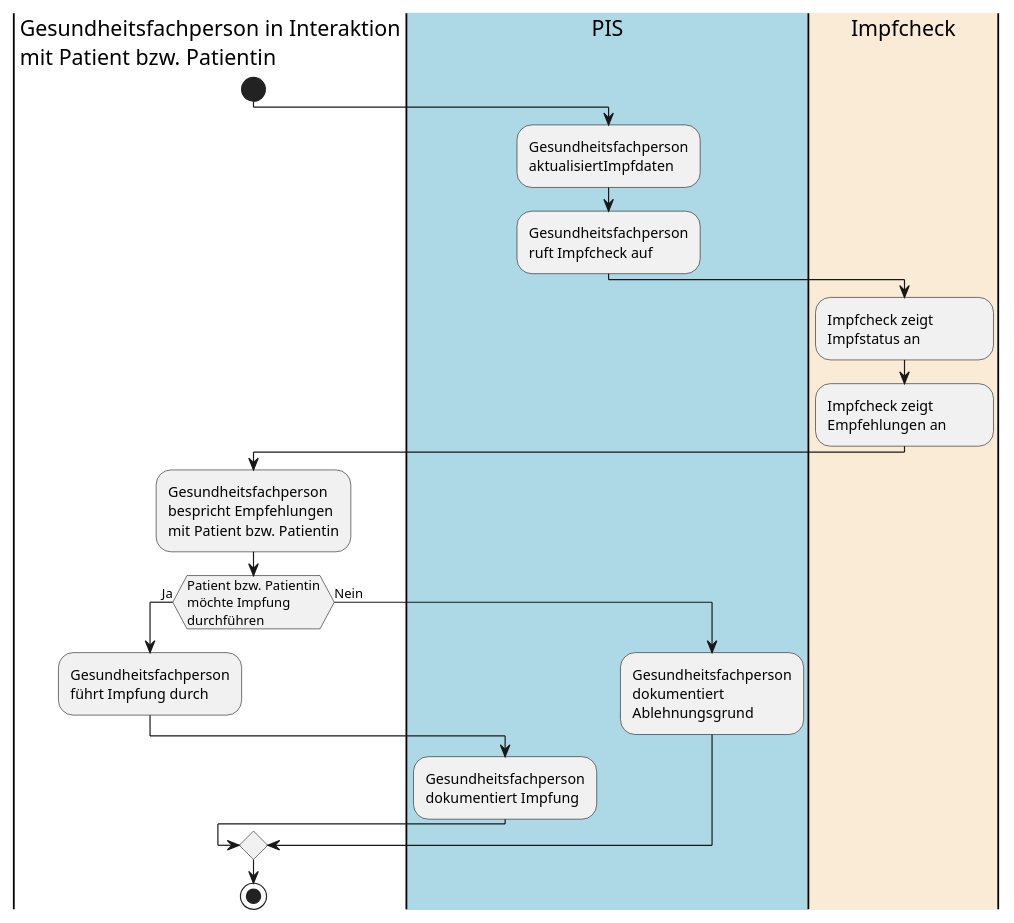
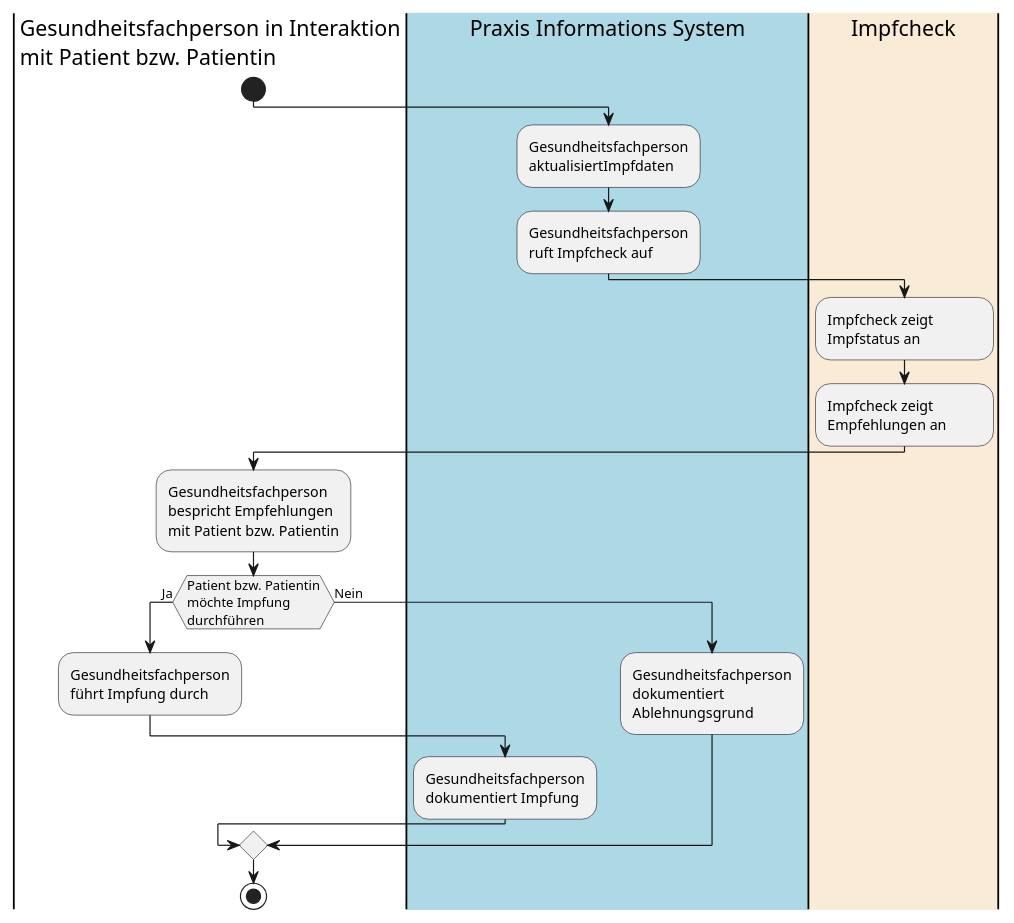
One commit to hl7ch/ch-vacd changed the diagram in input/images-source/use-case-14-impfcheck-arzt-de.plantuml. Above: the diagram before and after it, drawn with PlantUML. The commit also changed 4 other files, not shown here.

```diff
--- a/input/images-source/use-case-14-impfcheck-arzt-de.plantuml
+++ b/input/images-source/use-case-14-impfcheck-arzt-de.plantuml
@@ -1,33 +1,33 @@
 @startuml
 scale max 800 width
 <style>
 element {MinimumWidth 150}
 </style>
 
 |Gesundheitsfachperson in Interaktion\nmit Patient bzw. Patientin|
 start
-|#LightBlue|PIS|
+|#LightBlue|Praxis Informations System|
 :Gesundheitsfachperson\naktualisiertImpfdaten; 
 :Gesundheitsfachperson\nruft Impfcheck auf;
 
 |#AntiqueWhite|Impfcheck|
 :Impfcheck zeigt\nImpfstatus an;
 :Impfcheck zeigt\nEmpfehlungen an;
 
 |Gesundheitsfachperson in Interaktion\nmit Patient bzw. Patientin|
 :Gesundheitsfachperson\nbespricht Empfehlungen\nmit Patient bzw. Patientin;
 if (Patient bzw. Patientin\nmöchte Impfung\ndurchführen) then (Ja)
   :Gesundheitsfachperson\nführt Impfung durch;
-  |#LightBlue|PIS|
+  |#LightBlue|Praxis Informations System|
   :Gesundheitsfachperson\ndokumentiert Impfung;
   |Gesundheitsfachperson in Interaktion\nmit Patient bzw. Patientin|
 else (Nein)
-  |PIS|
+  |Praxis Informations System|
   :Gesundheitsfachperson\ndokumentiert\nAblehnungsgrund;
   |Gesundheitsfachperson in Interaktion\nmit Patient bzw. Patientin|
 endif
 
 stop
 
 
 @enduml
```
